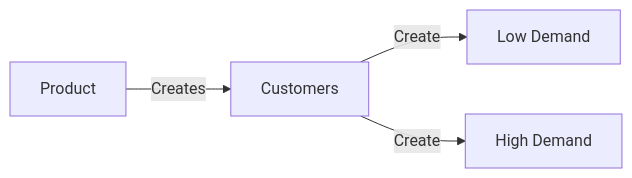
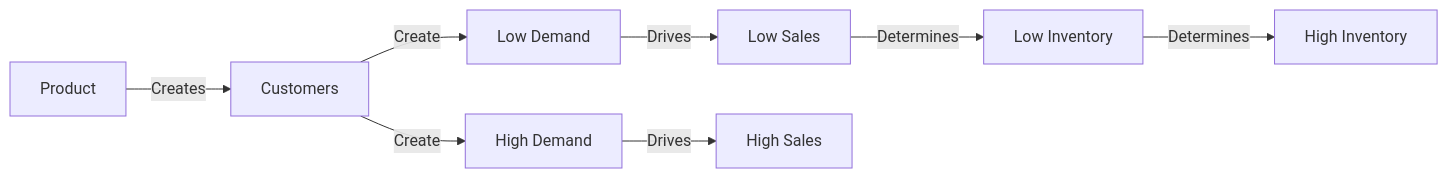
One commit to ryanbullock02/NikeStore_ERD.md changed the diagram in README.md. Above: the diagram before and after it, drawn with Mermaid.

````diff
--- a/README.md
+++ b/README.md
@@ -4,8 +4,12 @@
 ```mermaid
 flowchart LR
   a[Product] --"Creates"--> b[Customers]
   b --"Create"--> c[Low Demand]
+  c --"Drives"--> e[Low Sales]
   b --"Create"--> d[High Demand]
+  d --"Drives"--> f[High Sales]
+  e --"Determines"--> g[Low Inventory]
+  g --"Determines"--> h[High Inventory]
 
 
   ```
````
